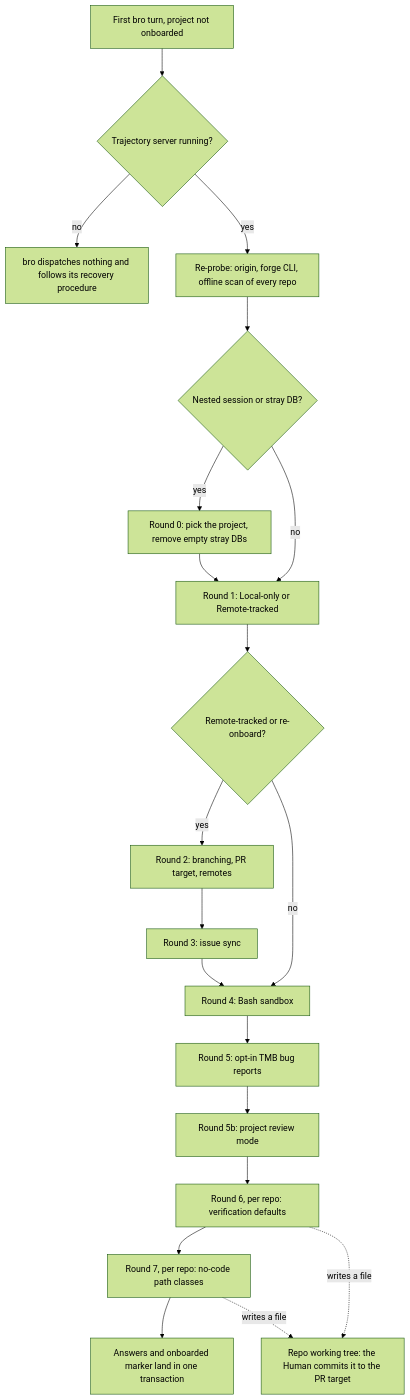
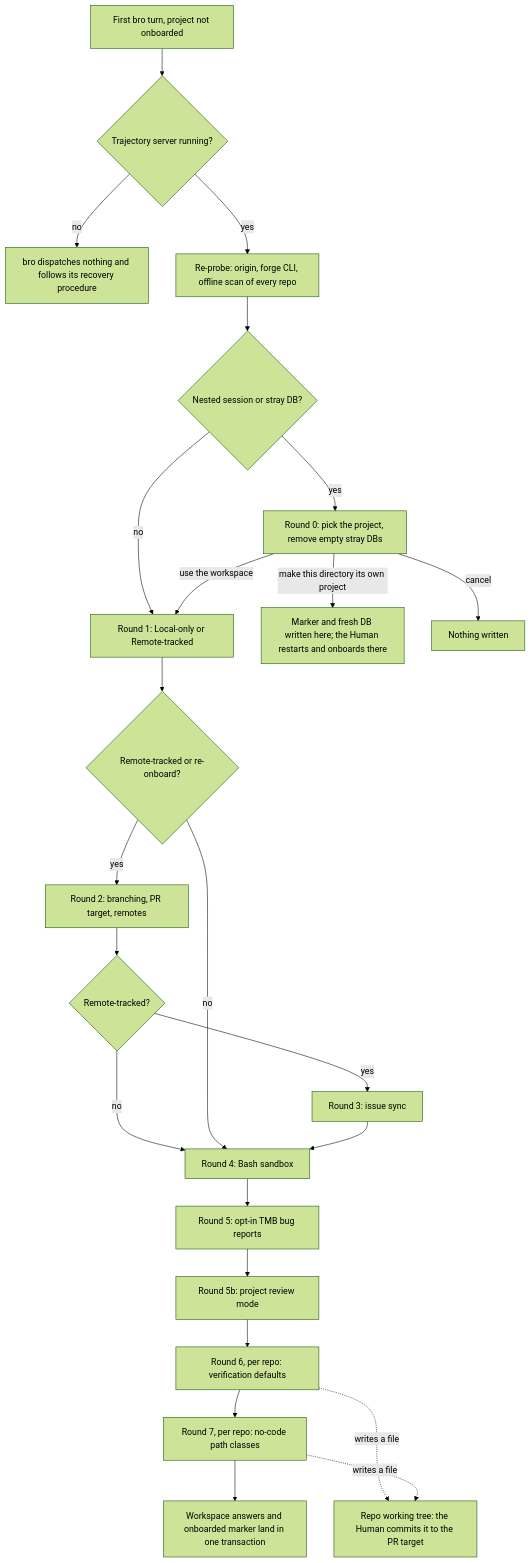
Before and after one commit to trustmybot/plugin: the diagram in docs/architecture/ONBOARD.md, drawn with Mermaid (forest theme). The commit also changed other lines of this file and 7 other files, not shown here.

````diff
--- a/docs/architecture/ONBOARD.md
+++ b/docs/architecture/ONBOARD.md
@@ -5,22 +5,26 @@
 ```mermaid
 flowchart TD
     A[First bro turn, project not onboarded] --> S{Trajectory server running?}
     S -- no --> X1[bro dispatches nothing and follows its recovery procedure]
     S -- yes --> B[Re-probe: origin, forge CLI, offline scan of every repo]
     B --> R0{Nested session or stray DB?}
     R0 -- yes --> C0[Round 0: pick the project, remove empty stray DBs]
     R0 -- no --> C1
-    C0 --> C1[Round 1: Local-only or Remote-tracked]
+    C0 -- use the workspace --> C1[Round 1: Local-only or Remote-tracked]
+    C0 -- make this directory its own project --> Z1[Marker and fresh DB written here; the Human restarts and onboards there]
+    C0 -- cancel --> Z2[Nothing written]
     C1 --> RT{Remote-tracked or re-onboard?}
     RT -- yes --> C2[Round 2: branching, PR target, remotes]
-    C2 --> C3[Round 3: issue sync]
+    C2 --> RS{Remote-tracked?}
+    RS -- yes --> C3[Round 3: issue sync]
+    RS -- no --> C4
     RT -- no --> C4
     C3 --> C4[Round 4: Bash sandbox]
     C4 --> C5[Round 5: opt-in TMB bug reports]
     C5 --> C5b[Round 5b: project review mode]
     C5b --> C6[Round 6, per repo: verification defaults]
     C6 --> C7[Round 7, per repo: no-code path classes]
-    C7 --> D[Answers and onboarded marker land in one transaction]
+    C7 --> D[Workspace answers and onboarded marker land in one transaction]
     C6 -. writes a file .-> F[Repo working tree: the Human commits it to the PR target]
     C7 -. writes a file .-> F
 ```
````
